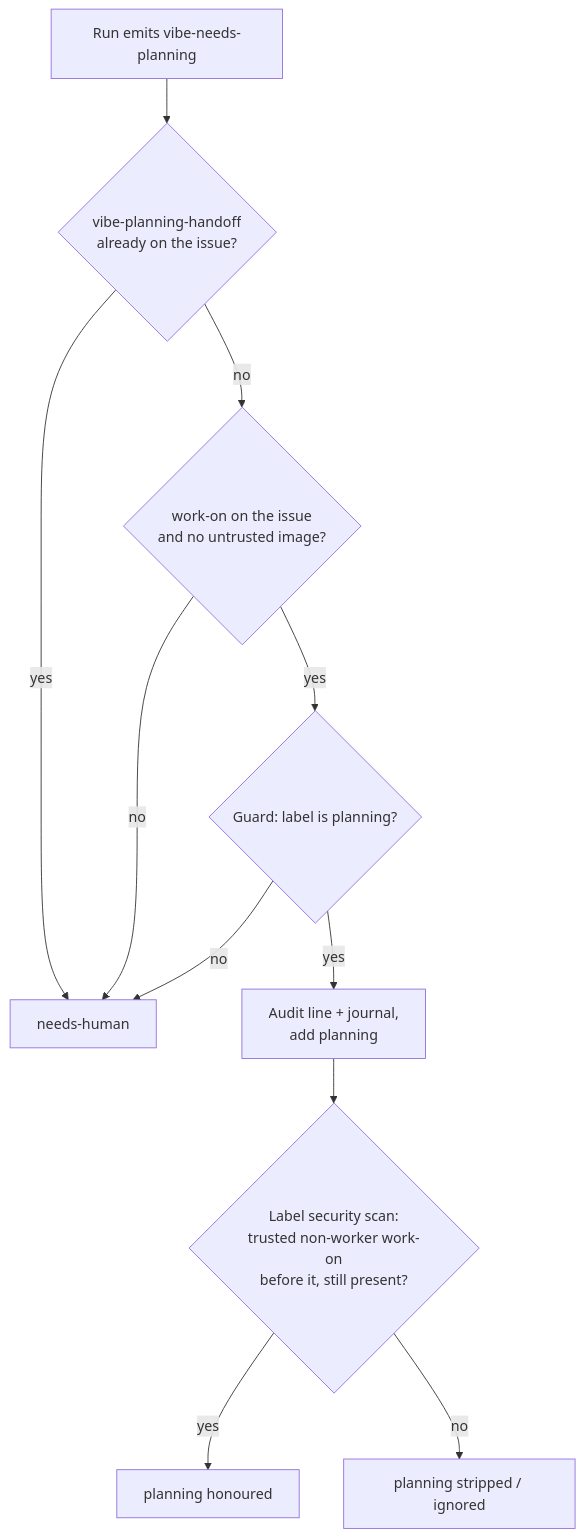
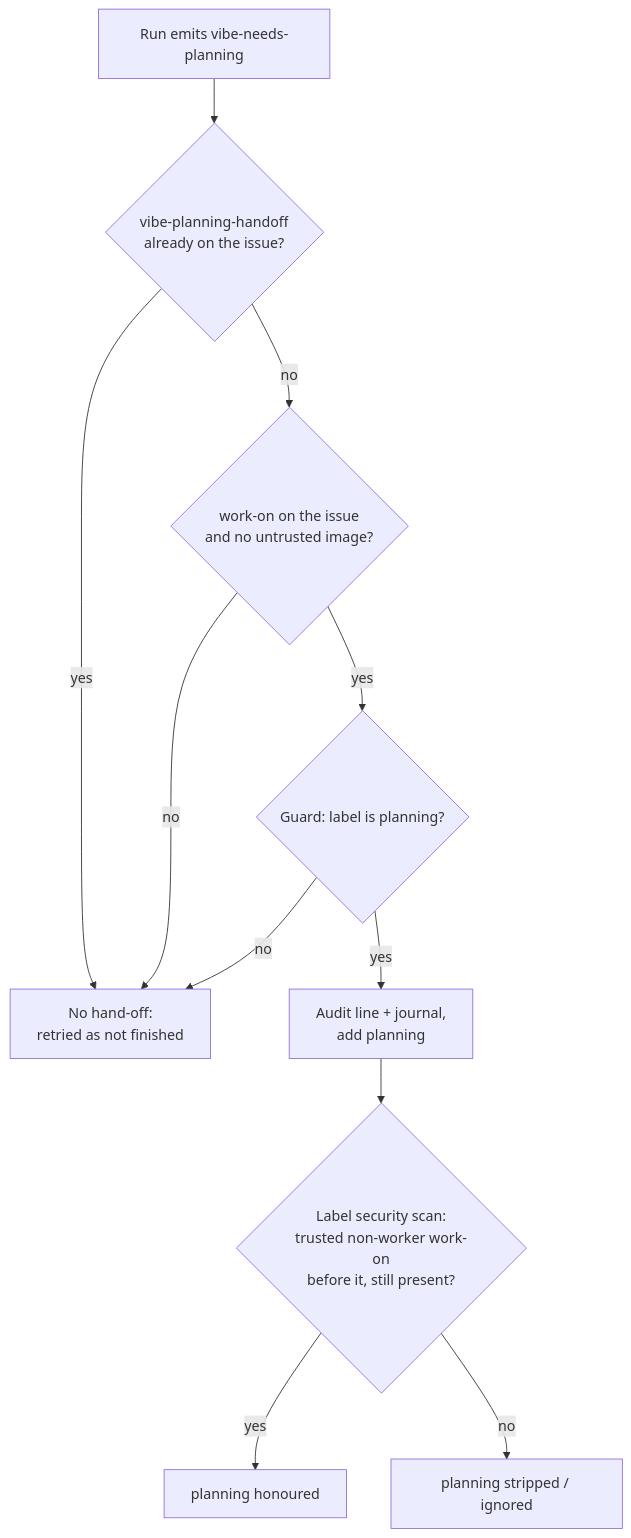
Before and after one commit to stSoftwareAU/VibeCoder: the seventh of 12 diagrams in SECURITY.md, drawn with Mermaid. The commit also changed other lines of this file and 3 other files, not shown here.

First line of the commit message:
Stop the image gate promising a human hand-off it no longer makes (#5375)

````diff
--- a/SECURITY.md
+++ b/SECURITY.md
@@ -1928,13 +1929,13 @@
 ```mermaid
 flowchart TD
     R["Run emits vibe-needs-planning"] --> P{"vibe-planning-handoff<br/>already on the issue?"}
-    P -->|yes| H["needs-human"]
+    P -->|yes| H["No hand-off:<br/>retried as not finished"]
     P -->|no| W{"work-on on the issue<br/>and no untrusted image?"}
     W -->|no| H
     W -->|yes| G{"Guard: label is planning?"}
     G -->|no| H
     G -->|yes| A["Audit line + journal,<br/>add planning"]
     A --> S{"Label security scan:<br/>trusted non-worker work-on<br/>before it, still present?"}
     S -->|yes| PL["planning honoured"]
     S -->|no| X["planning stripped / ignored"]
 ```
````
